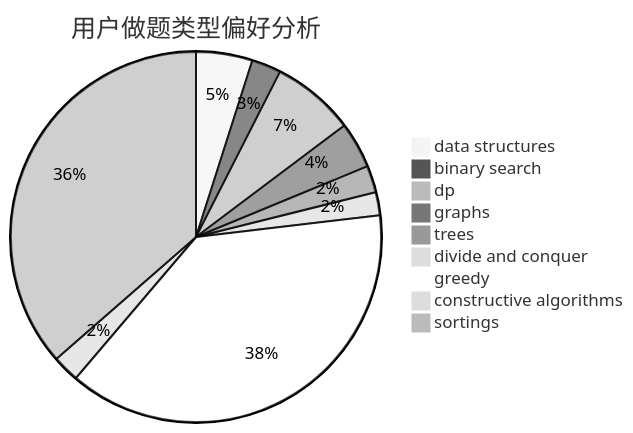
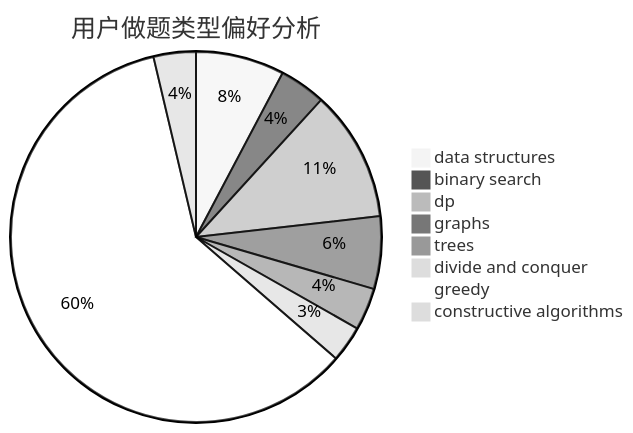
Before and after one commit to sherpahu/cfrs.github.io: the second of 3 diagrams in docs/user/u613.md, drawn with Mermaid (neutral theme). The commit also changed other lines of this file and 2769 other files, not shown here.

````diff
--- a/docs/user/u613.md
+++ b/docs/user/u613.md
@@ -18,12 +18,11 @@
 ```mermaid
 pie title 用户做题类型偏好分析
     "data structures" :  44
     "binary search" :  23
     "dp" :  65
     "graphs" :  36
     "trees" :  21
     "divide and conquer" :  18
     "greedy" :  341
     "constructive algorithms" :  21
-    "sortings" :  326
 ```
````
